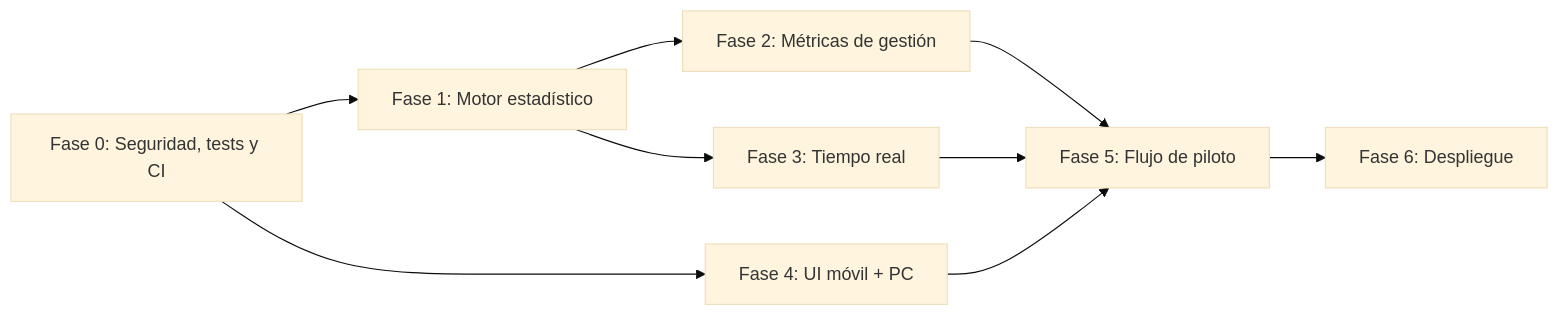
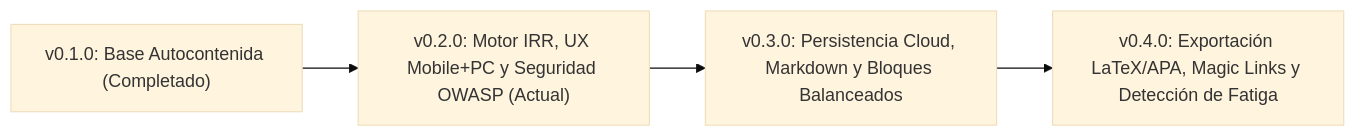
One commit to Rydozz15/judge-platform changed the diagram in docs/ROADMAP.md. Above: the diagram before and after it, drawn with Mermaid (base theme). The commit also changed other lines of this file and 3 other files, not shown here.

First line of the commit message:
docs(release): add CHANGELOG.md (v0.1.0 -> v0.2.0), future roadmap and Render blueprint

````diff
--- a/docs/ROADMAP.md
+++ b/docs/ROADMAP.md
@@ -5,11 +5,6 @@
 ```mermaid
 flowchart LR
-  F0["Fase 0: Seguridad, tests y CI"] --> F1["Fase 1: Motor estadístico"]
-  F1 --> F2["Fase 2: Métricas de gestión"]
-  F1 --> F3["Fase 3: Tiempo real"]
-  F0 --> F4["Fase 4: UI móvil + PC"]
-  F2 --> F5["Fase 5: Flujo de piloto"]
-  F3 --> F5
-  F4 --> F5
-  F5 --> F6["Fase 6: Despliegue"]
+  V01["v0.1.0: Base Autocontenida (Completado)"] --> V02["v0.2.0: Motor IRR, UX Mobile+PC y Seguridad OWASP (Actual)"]
+  V02 --> V03["v0.3.0: Persistencia Cloud, Markdown y Bloques Balanceados"]
+  V03 --> V04["v0.4.0: Exportación LaTeX/APA, Magic Links y Detección de Fatiga"]
 ```
````
